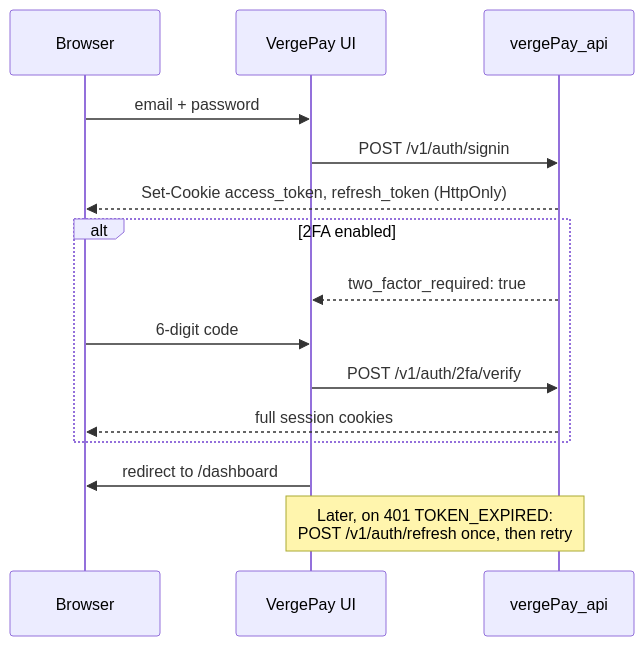
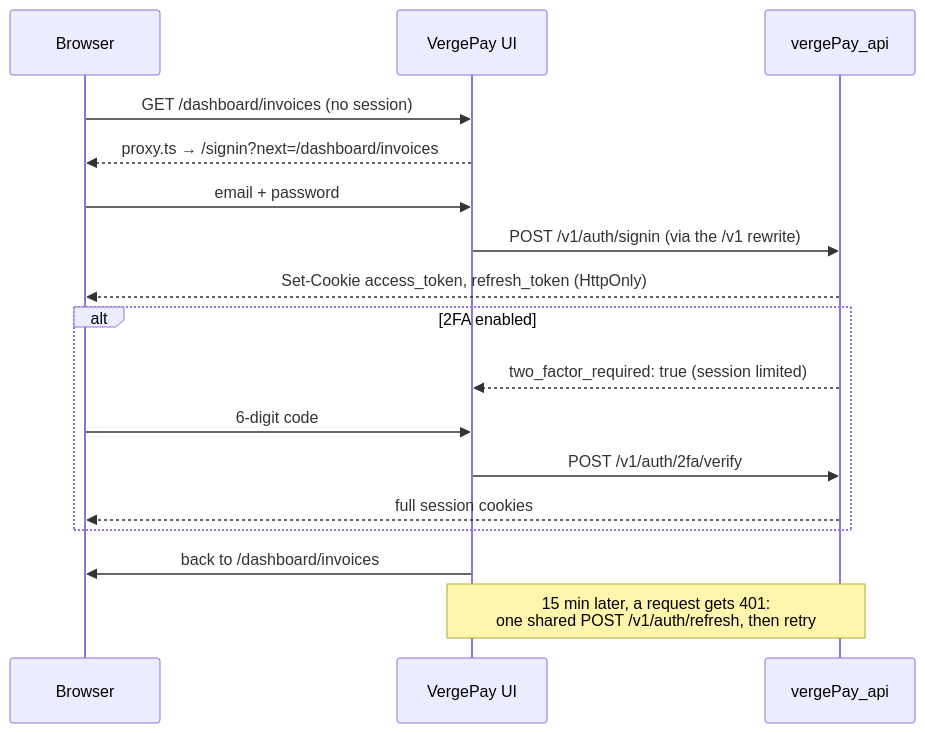
The second of 2 diagrams in README.md (dunascode-prog/vergePay_ui), drawn with Mermaid before and after one commit. The commit also changed other lines of this file and 16 other files, not shown here.

First line of the commit message:
Step 1: auth — route guard, 2FA sign-in, silent refresh, sign-out

````diff
--- a/README.md
+++ b/README.md
@@ -131,17 +138,19 @@
 ```mermaid
 sequenceDiagram
     participant U as Browser
     participant UI as VergePay UI
     participant API as vergePay_api
+    U->>UI: GET /dashboard/invoices (no session)
+    UI-->>U: proxy.ts → /signin?next=/dashboard/invoices
     U->>UI: email + password
-    UI->>API: POST /v1/auth/signin
+    UI->>API: POST /v1/auth/signin (via the /v1 rewrite)
     API-->>U: Set-Cookie access_token, refresh_token (HttpOnly)
     alt 2FA enabled
-        API-->>UI: two_factor_required: true
+        API-->>UI: two_factor_required: true (session limited)
         U->>UI: 6-digit code
         UI->>API: POST /v1/auth/2fa/verify
         API-->>U: full session cookies
     end
-    UI->>U: redirect to /dashboard
-    Note over UI,API: Later, on 401 TOKEN_EXPIRED:<br/>POST /v1/auth/refresh once, then retry
+    UI->>U: back to /dashboard/invoices
+    Note over UI,API: 15 min later, a request gets 401:<br/>one shared POST /v1/auth/refresh, then retry
 ```
````
